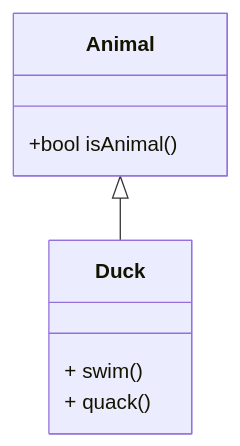
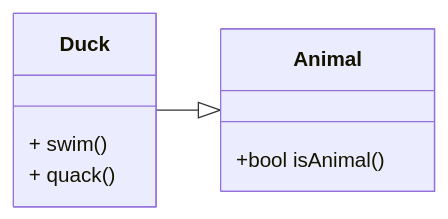
The diagram in tests/resources/testdata/mermaidgolden/MermaidInheritance.md (hasii2011/pyutplugins), drawn with Mermaid before and after one commit. The commit also changed 7 other files, not shown here.

````diff
--- a/tests/resources/testdata/mermaidgolden/MermaidInheritance.md
+++ b/tests/resources/testdata/mermaidgolden/MermaidInheritance.md
@@ -1,12 +1,13 @@
 ```mermaid
 classDiagram
+    direction RL
     %% Links follow
     Animal<|--Duck
     class Animal { 
         +bool isAnimal()
     }
     class Duck { 
         + swim()
         + quack()
     }
 ```
````
